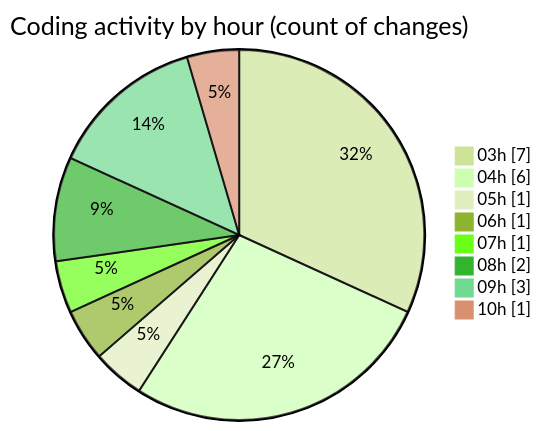
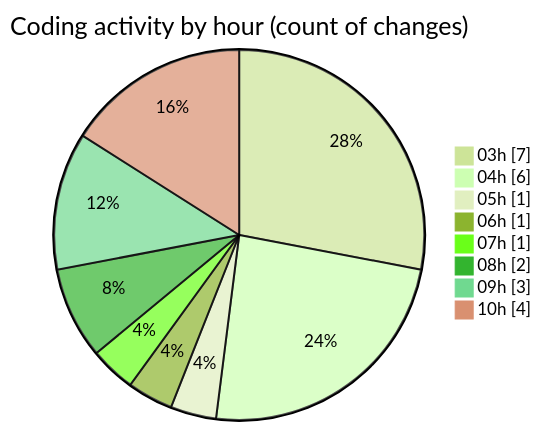
The second of 2 diagrams in 2025-07-02/cursor/README.md (FelipKnott/code-tracking), drawn with Mermaid (forest theme) before and after one commit. The commit also changed other lines of this file and 1 other file, not shown here.

````diff
--- a/2025-07-02/cursor/README.md
+++ b/2025-07-02/cursor/README.md
@@ -30,12 +31,12 @@
 ```mermaid
 pie showData
 title Coding activity by hour (count of changes)
 "03h" : 7
 "04h" : 6
 "05h" : 1
 "06h" : 1
 "07h" : 1
 "08h" : 2
 "09h" : 3
-"10h" : 1
+"10h" : 4
 ```
````
